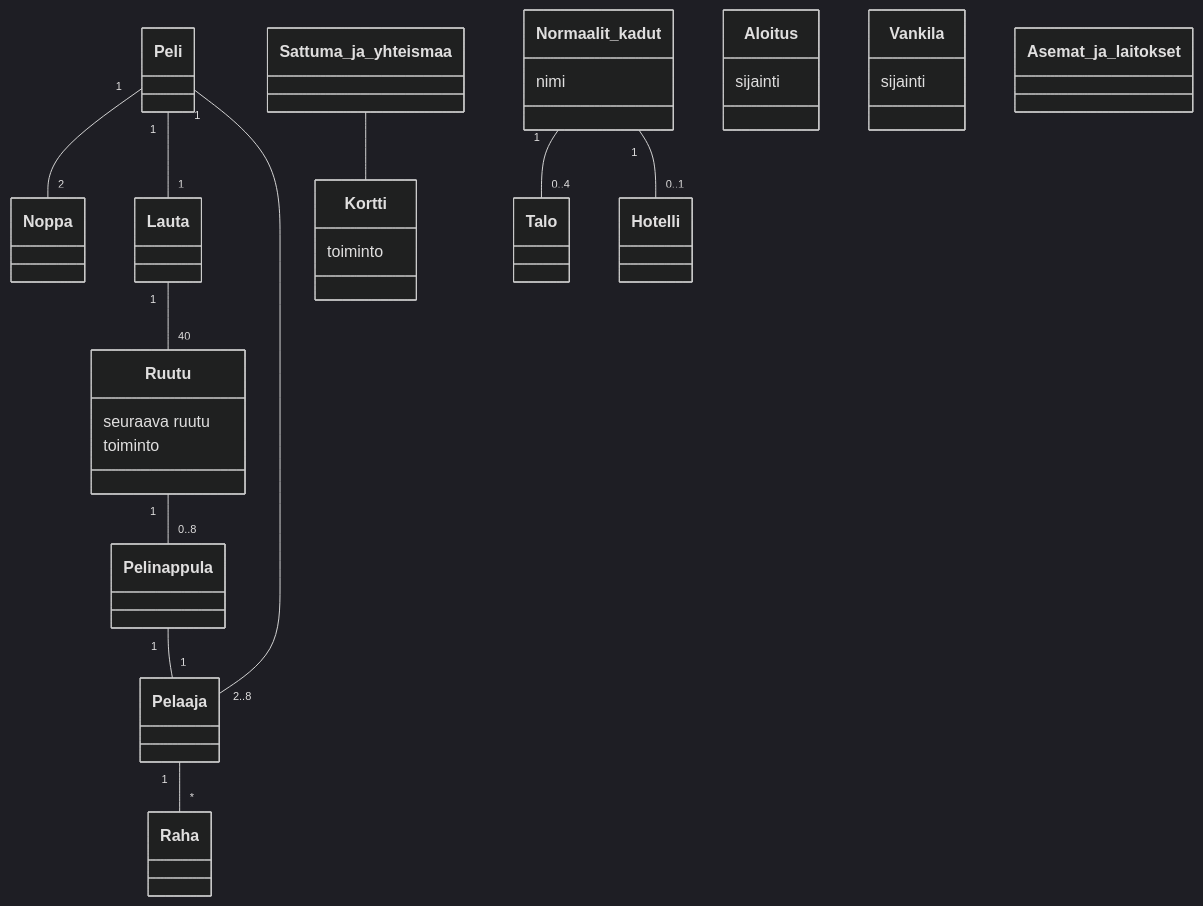
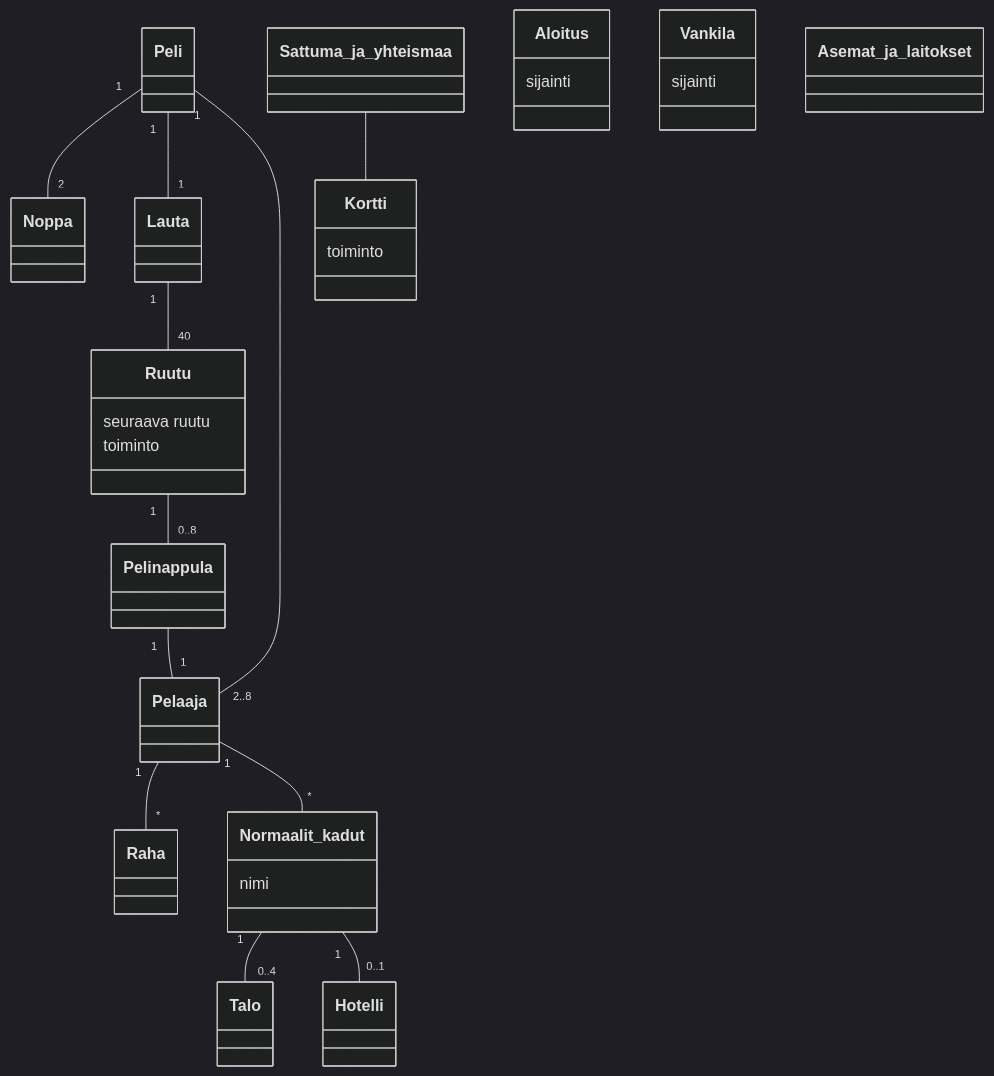
One commit to phuvio/ot-harjoitustyo changed the second of 2 diagrams in laskarit/viikko3/monopoli.md. Above: the diagram before and after it, drawn with Mermaid (dark theme).

````diff
--- a/laskarit/viikko3/monopoli.md
+++ b/laskarit/viikko3/monopoli.md
@@ -28,49 +28,50 @@
 ```mermaid
  classDiagram
       Peli "1"--"2" Noppa
       Peli "1"--"1" Lauta
       Lauta "1"--"40" Ruutu
       Ruutu "1"--"0..8" Pelinappula
       Pelinappula "1"--"1" Pelaaja
       Pelaaja "2..8"--"1" Peli
       Pelaaja "1"--"*" Raha
       Sattuma_ja_yhteismaa -- Kortti
       Normaalit_kadut "1"--"0..4" Talo
       Normaalit_kadut "1"--"0..1" Hotelli
+      Pelaaja "1"--"*" Normaalit_kadut
       class Peli{
       }
       class Lauta{
       }
       class Ruutu{
       seuraava ruutu
       toiminto
       }
       class Raha{
       }
       class Pelaaja{
       }
       class Pelinappula{
       }
       class Noppa{
       }
       class Aloitus{
       sijainti
       }
       class Vankila{
       sijainti
       }
       class Sattuma_ja_yhteismaa{
       }
       class Kortti{
       toiminto
       }
       class Asemat_ja_laitokset{
       }
       class Normaalit_kadut{
       nimi
       }
       class Hotelli{
       }
       class Talo{
       }
 ```
````
